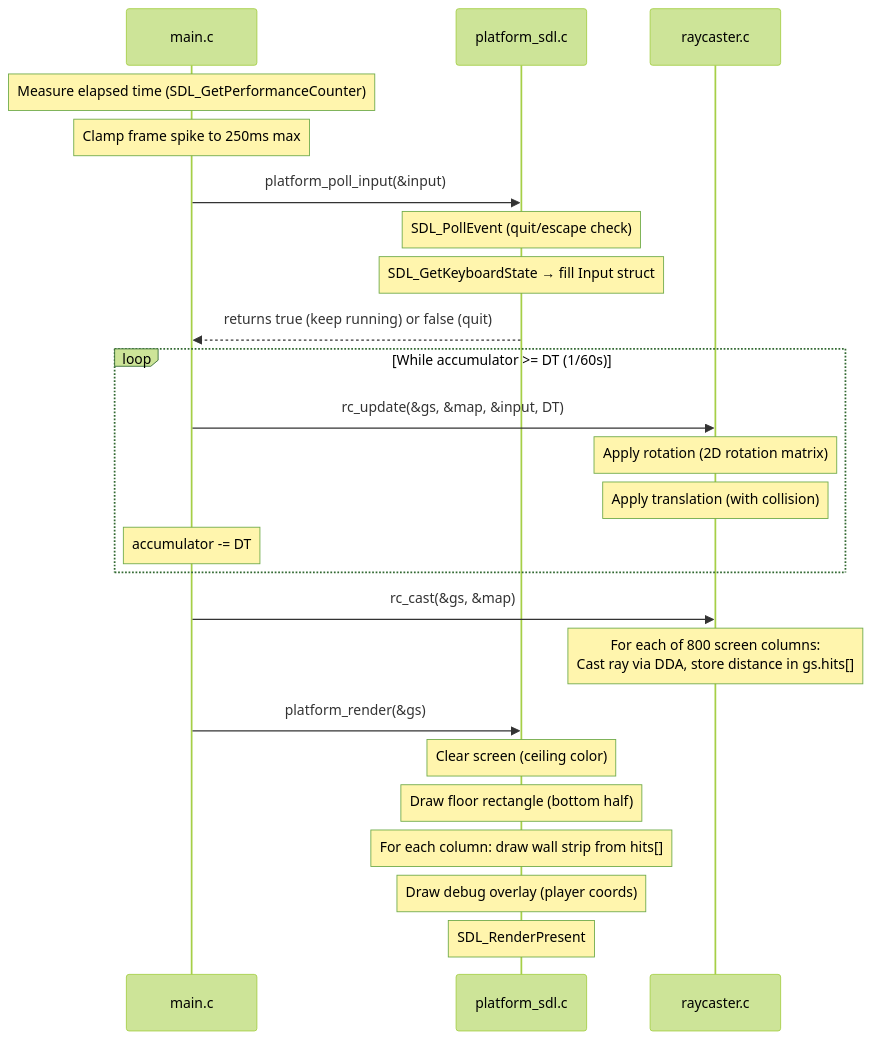
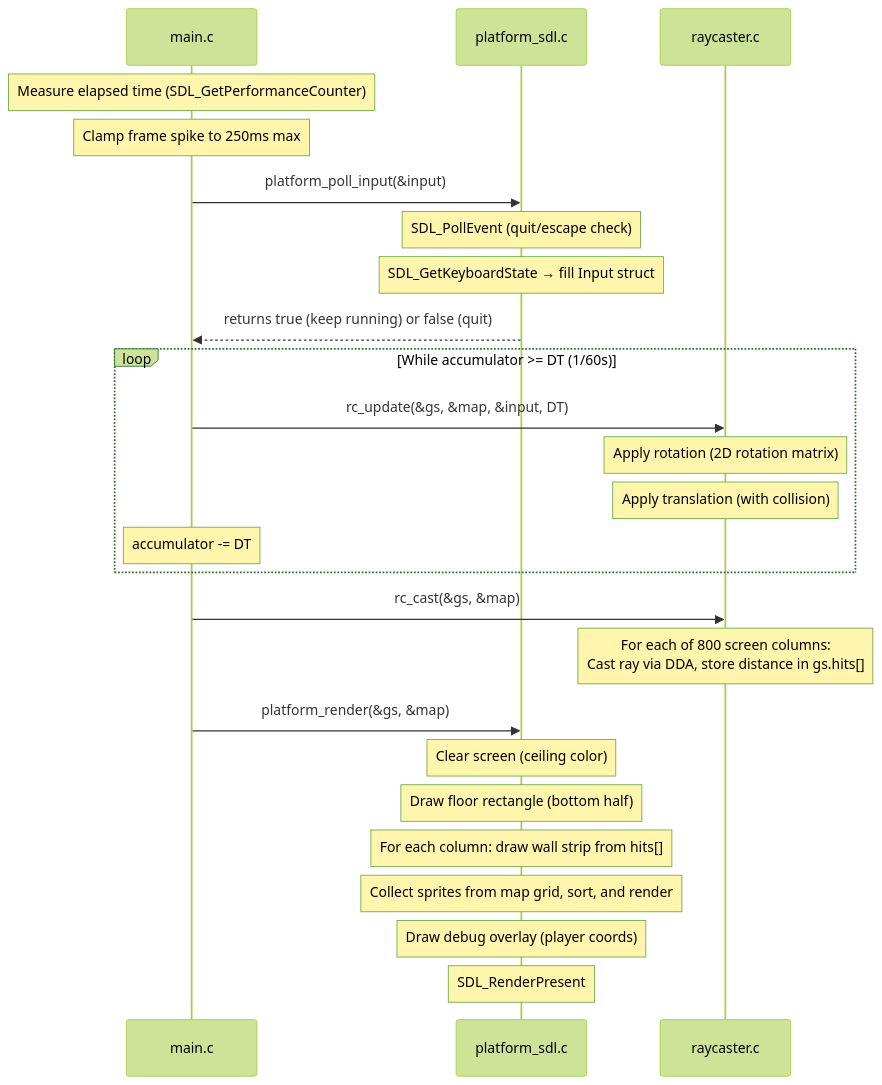
One commit to seanhodges/simple-3d-raycaster-game changed the third of 5 diagrams in docs/ARCHITECTURE.md. Above: the diagram before and after it, drawn with Mermaid (forest theme). The commit also changed other lines of this file and 15 other files, not shown here.

First line of the commit message:
Move sprite data from GameState to Map as a grid-based plane

````diff
--- a/docs/ARCHITECTURE.md
+++ b/docs/ARCHITECTURE.md
@@ -180,31 +181,32 @@
 ```mermaid
 sequenceDiagram
     participant Main as main.c
     participant Plat as platform_sdl.c
     participant Core as raycaster.c
 
     Note over Main: Measure elapsed time (SDL_GetPerformanceCounter)
     Note over Main: Clamp frame spike to 250ms max
 
     Main->>Plat: platform_poll_input(&input)
     Note over Plat: SDL_PollEvent (quit/escape check)
     Note over Plat: SDL_GetKeyboardState → fill Input struct
     Plat-->>Main: returns true (keep running) or false (quit)
 
     loop While accumulator >= DT (1/60s)
         Main->>Core: rc_update(&gs, &map, &input, DT)
         Note over Core: Apply rotation (2D rotation matrix)
         Note over Core: Apply translation (with collision)
         Note over Main: accumulator -= DT
     end
 
     Main->>Core: rc_cast(&gs, &map)
     Note over Core: For each of 800 screen columns:<br/>Cast ray via DDA, store distance in gs.hits[]
 
-    Main->>Plat: platform_render(&gs)
+    Main->>Plat: platform_render(&gs, &map)
     Note over Plat: Clear screen (ceiling color)
     Note over Plat: Draw floor rectangle (bottom half)
     Note over Plat: For each column: draw wall strip from hits[]
+    Note over Plat: Collect sprites from map grid, sort, and render
     Note over Plat: Draw debug overlay (player coords)
     Note over Plat: SDL_RenderPresent
 ```
````
